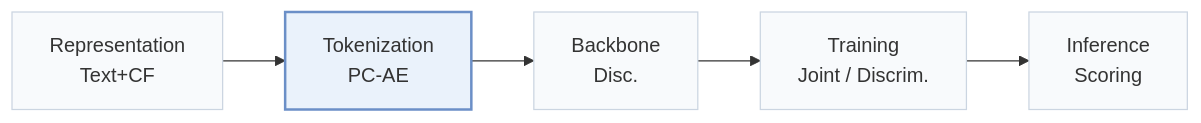
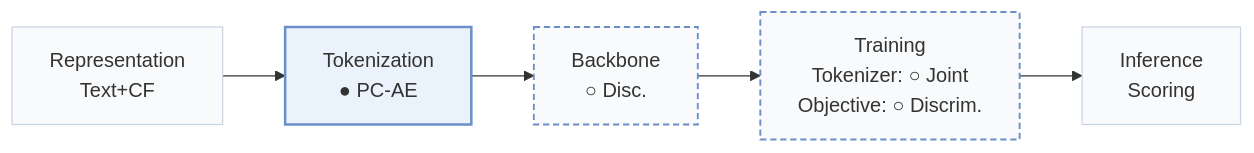
The first of 2 diagrams in pages/papers/pcr-ca.md (Galaxy-ghost/Awesome-SID-Generative-Rec), drawn with Mermaid before and after one commit. The commit also changed other lines of this file and 558 other files, not shown here.

````diff
--- a/pages/papers/pcr-ca.md
+++ b/pages/papers/pcr-ca.md
@@ -15,8 +18,10 @@
 ```mermaid
 flowchart LR
-    R["Representation<br/>Text+CF"] --> T["Tokenization<br/>PC-AE"] --> B["Backbone<br/>Disc."] --> TR["Training<br/>Joint / Discrim."] --> I["Inference<br/>Scoring"]
+    R["Representation<br/>Text+CF"] --> T["Tokenization<br/>● PC-AE"] --> B["Backbone<br/>○ Disc."] --> TR["Training<br/>Tokenizer: ○ Joint<br/>Objective: ○ Discrim."] --> I["Inference<br/>Scoring"]
     classDef base fill:#f8fafc,stroke:#cbd5e1
     class R,T,B,TR,I base
+    classDef other fill:#f8fafc,stroke:#6b8fc7,stroke-width:1.5px,stroke-dasharray:5 3
+    class B,TR other
     classDef main fill:#eaf2fb,stroke:#6b8fc7,stroke-width:2px
     class T main
 ```
````
